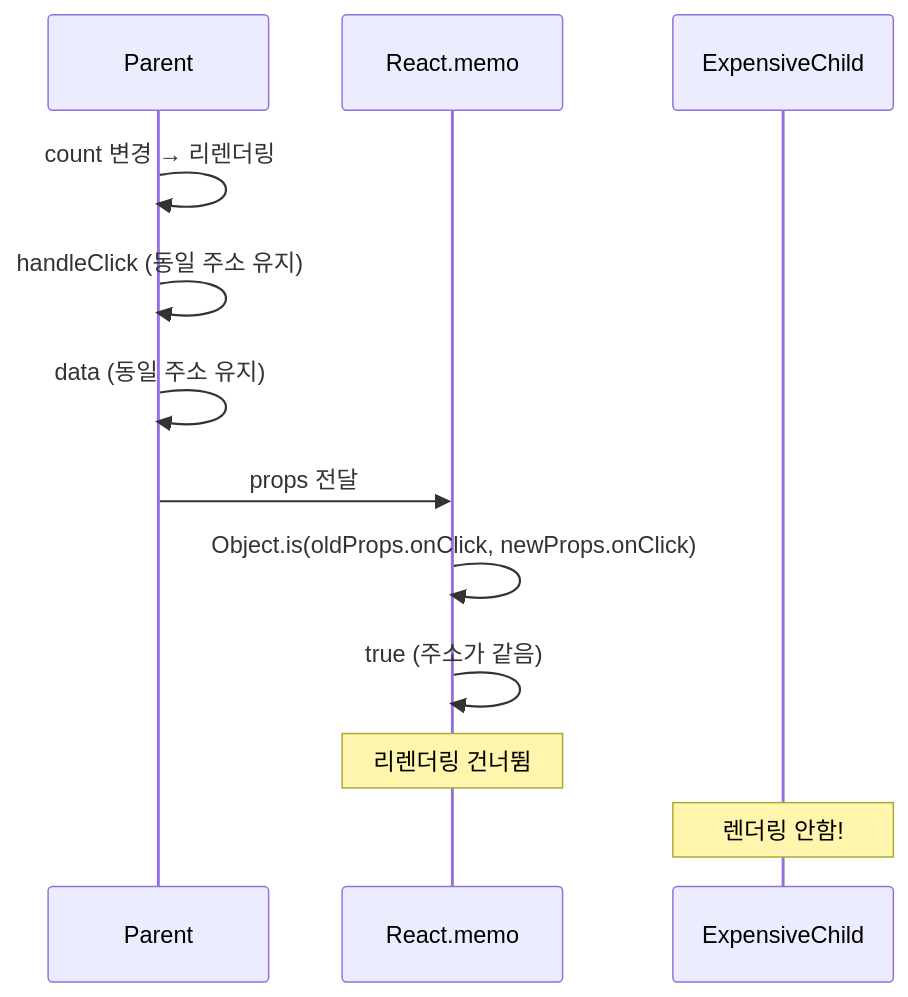
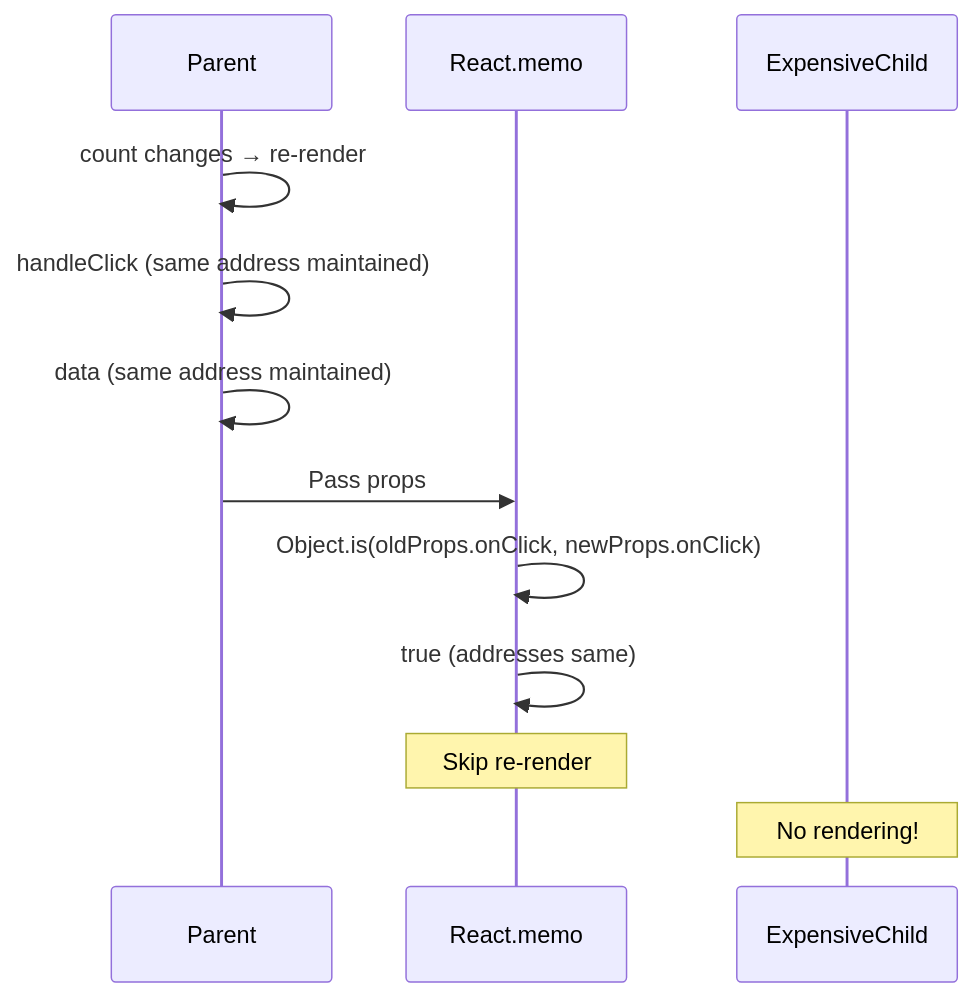
Before and after one commit to codefug/codefug.github.io: diagram 15 of 19 in markdown/2026-01-18/en/content.mdx, drawn with Mermaid. The commit also changed other lines of this file and 1 other file, not shown here.

````diff
--- a/markdown/2026-01-18/en/content.mdx
+++ b/markdown/2026-01-18/en/content.mdx
@@ -627,15 +1043,15 @@
 ```mermaid
 sequenceDiagram
     participant P as Parent
     participant M as React.memo
     participant C as ExpensiveChild
 
-    P->>P: count 변경 → 리렌더링
-    P->>P: handleClick (동일 주소 유지)
-    P->>P: data (동일 주소 유지)
-    P->>M: props 전달
+    P->>P: count changes → re-render
+    P->>P: handleClick (same address maintained)
+    P->>P: data (same address maintained)
+    P->>M: Pass props
     M->>M: Object.is(oldProps.onClick, newProps.onClick)
-    M->>M: true (주소가 같음)
-    Note over M: 리렌더링 건너뜀
-    Note over C: 렌더링 안함!
+    M->>M: true (addresses same)
+    Note over M: Skip re-render
+    Note over C: No rendering!
 ```
````
